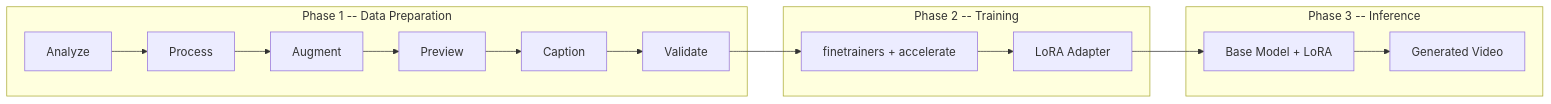
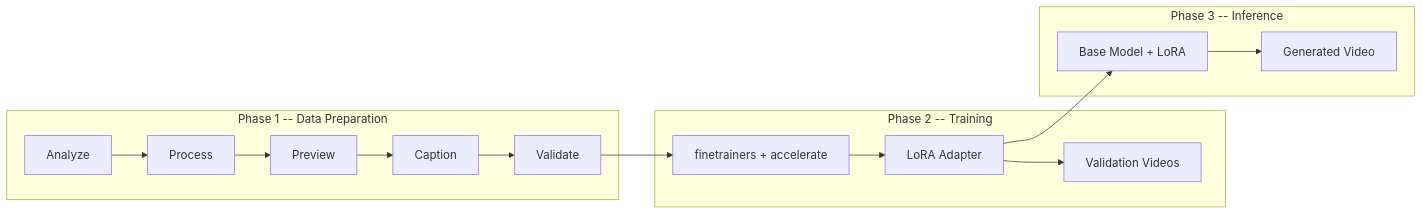
One commit to Francisco-Reveriano/MultiModal_Video_Model changed the first of 2 diagrams in README.md. Above: the diagram before and after it, drawn with Mermaid. The commit also changed other lines of this file and 12 other files, not shown here.

First line of the commit message:
Add epoch-based training, W&B integration, validation videos, and nohup launcher

````diff
--- a/README.md
+++ b/README.md
@@ -9,22 +9,22 @@
 ```mermaid
 flowchart LR
     subgraph phase1 [Phase 1 -- Data Preparation]
         A[Analyze] --> B[Process]
-        B --> C[Augment]
-        C --> D[Preview]
+        B --> D[Preview]
         D --> E[Caption]
         E --> F[Validate]
     end
 
     subgraph phase2 [Phase 2 -- Training]
         G[finetrainers + accelerate]
         G --> H[LoRA Adapter]
+        H --> V[Validation Videos]
     end
 
     subgraph phase3 [Phase 3 -- Inference]
         I[Base Model + LoRA] --> J[Generated Video]
     end
 
     F --> G
     H --> I
 ```
````
